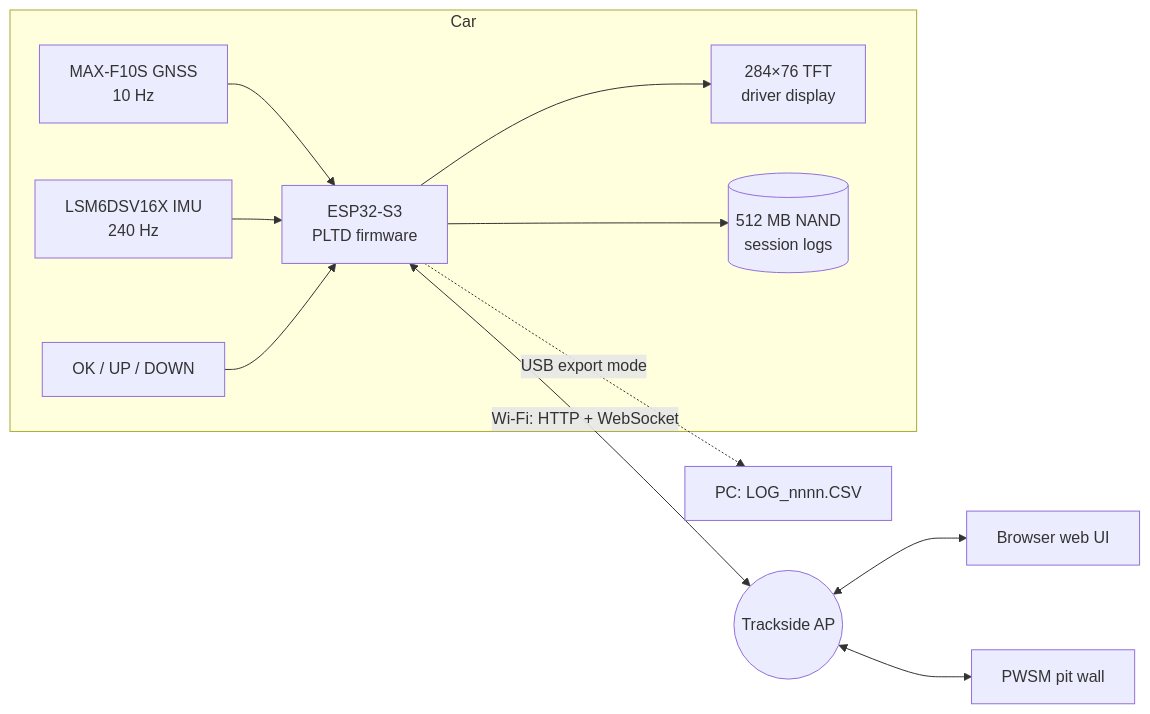
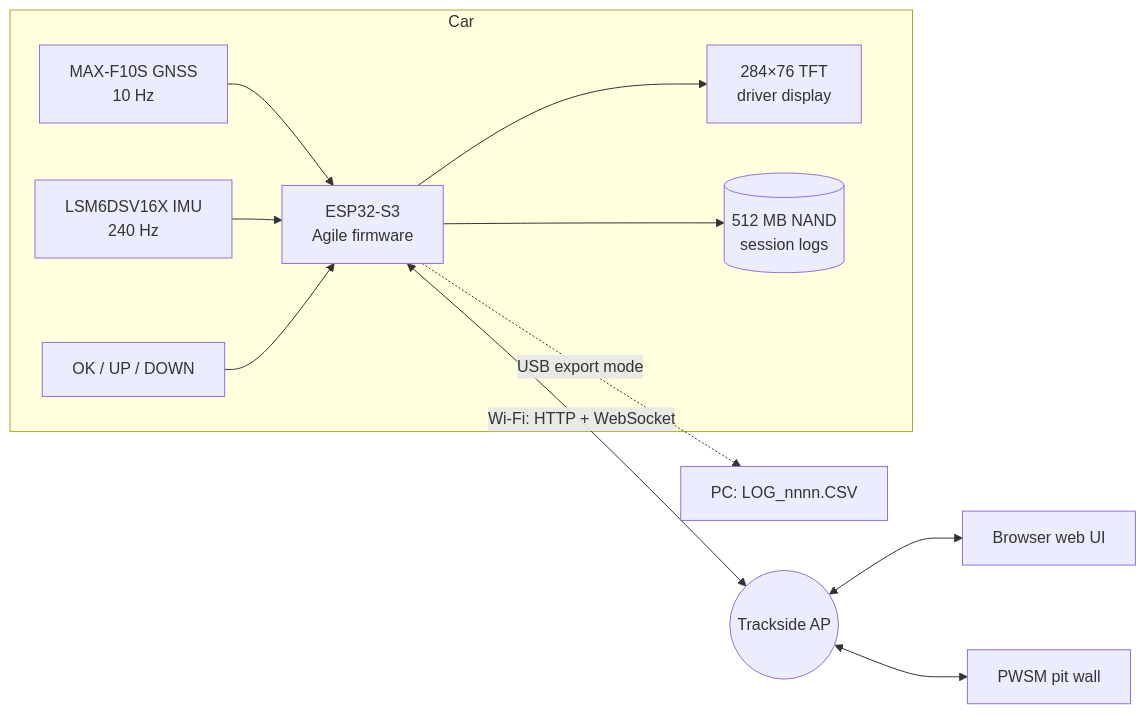
The first of 3 diagrams in README.md (redc6t/Agile), drawn with Mermaid before and after one commit. The commit also changed other lines of this file and 18 other files, not shown here.

First line of the commit message:
Rename product from PLTD to Agile in docs and licences

````diff
--- a/README.md
+++ b/README.md
@@ -22,14 +22,14 @@
 ```mermaid
 flowchart LR
     subgraph Car
-        GNSS[MAX-F10S GNSS<br/>10 Hz] --> PLTD
-        IMU[LSM6DSV16X IMU<br/>240 Hz] --> PLTD
-        BTN[OK / UP / DOWN] --> PLTD
-        PLTD[ESP32-S3<br/>PLTD firmware] --> TFT[284×76 TFT<br/>driver display]
-        PLTD --> NAND[(512 MB NAND<br/>session logs)]
+        GNSS[MAX-F10S GNSS<br/>10 Hz] --> Agile
+        IMU[LSM6DSV16X IMU<br/>240 Hz] --> Agile
+        BTN[OK / UP / DOWN] --> Agile
+        Agile[ESP32-S3<br/>Agile firmware] --> TFT[284×76 TFT<br/>driver display]
+        Agile --> NAND[(512 MB NAND<br/>session logs)]
     end
-    PLTD <-->|Wi-Fi: HTTP + WebSocket| AP((Trackside AP))
+    Agile <-->|Wi-Fi: HTTP + WebSocket| AP((Trackside AP))
     AP <--> WEB[Browser web UI]
     AP <--> PWSM[PWSM pit wall]
-    PLTD -.->|USB export mode| PC[PC: LOG_nnnn.CSV]
+    Agile -.->|USB export mode| PC[PC: LOG_nnnn.CSV]
 ```
````
